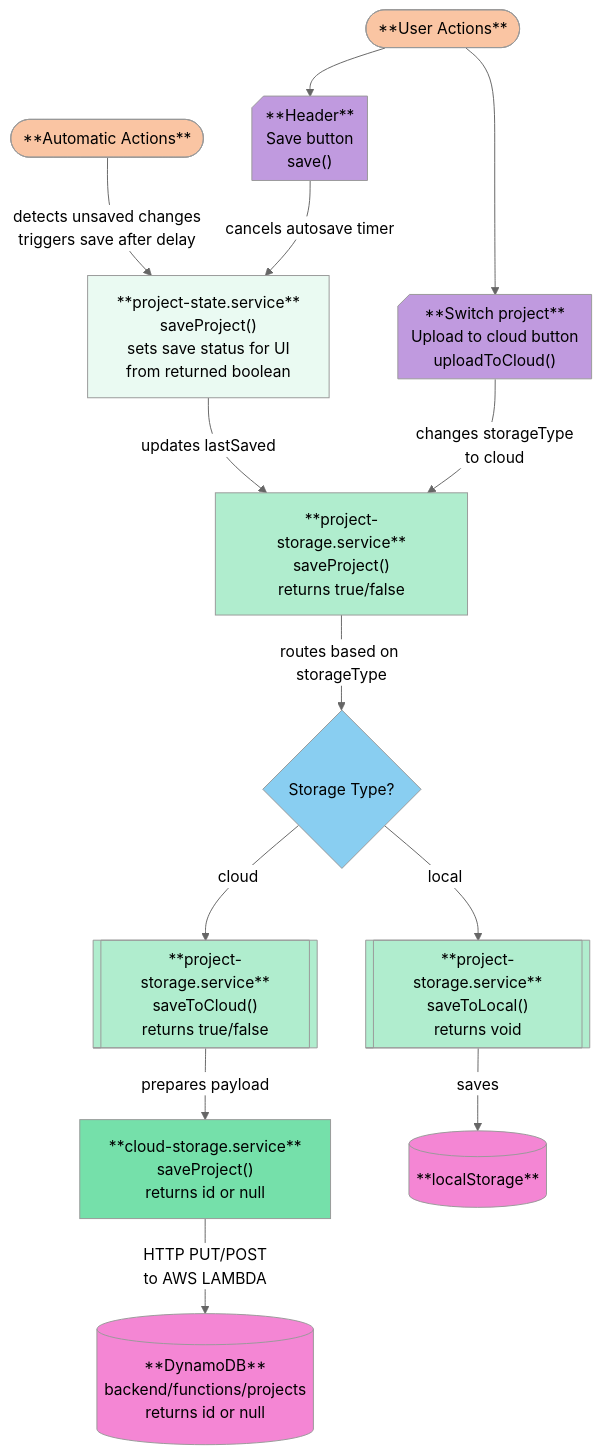
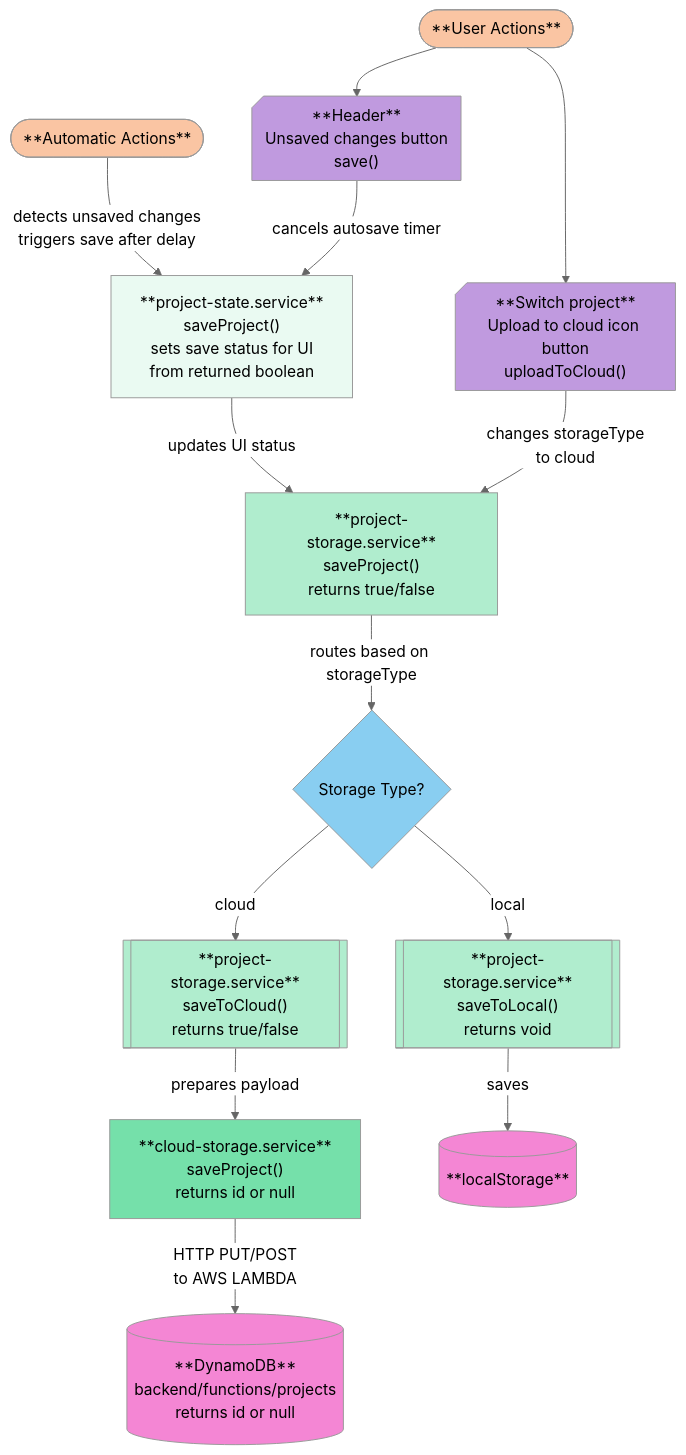
One commit to cra-proto/design-assistant changed the diagram in README.md. Above: the diagram before and after it, drawn with Mermaid (neutral theme).

Commit message:
Update save flow

````diff
--- a/README.md
+++ b/README.md
@@ -209,42 +209,42 @@
 ```mermaid
 flowchart TB
     AUTO(["**Automatic Actions**"])
     USER(["**User Actions**"])
-    HEADER["**Header**<br>Save button<br>save()"]
-    SWITCH["**Switch project**<br>Upload to cloud button<br>uploadToCloud()"]
+    HEADER["**Header**<br>Unsaved changes button<br>save()"]
+    SWITCH["**Switch project**<br>Upload to cloud icon button<br>uploadToCloud()"]
     STATE["**project-state.service**<br>saveProject()<br>sets save status for UI<br>from returned boolean"]
     STORAGE["**project-storage.service**<br>saveProject()<br>returns true/false"]
     TYPE{"Storage Type?"}
     STORAGELOCAL[["**project-storage.service**<br>saveToLocal()<br>returns void"]]
     STORAGECLOUD[["**project-storage.service**<br>saveToCloud()<br>returns true/false"]]
     CLOUD["**cloud-storage.service**<br>saveProject()<br>returns id or null"]
     CLOUDSAVE[("**DynamoDB**<br>backend/functions/projects<br>returns id or null")]
     LOCALSAVE[("**localStorage**")]
 
     AUTO -- detects unsaved changes<br>triggers save after delay--> STATE
     USER --> HEADER & SWITCH
     HEADER --cancels autosave timer--> STATE
-    STATE --updates lastSaved--> STORAGE
+    STATE --updates UI status--> STORAGE
     SWITCH --changes storageType<br>to cloud--> STORAGE
     STORAGE --routes based on storageType--> TYPE
     TYPE --local--> STORAGELOCAL
     TYPE --cloud--> STORAGECLOUD
     STORAGECLOUD --prepares payload--> CLOUD
     CLOUD --HTTP PUT/POST<br>to AWS LAMBDA--> CLOUDSAVE
     STORAGELOCAL --saves--> LOCALSAVE
     
     HEADER@{ shape: card}
     SWITCH@{ shape: card}
     style AUTO fill:#fac5a3,color:#000000
     style USER fill:#fac5a3,color:#000000
     style HEADER fill:#c09adf,color:#000000
     style SWITCH fill:#c09adf,color:#000000
     style STATE fill:#eafaf2,color:#000000
     style STORAGE fill:#b0edce,color:#000000
     style TYPE fill:#89cef1,color:#000000
     style STORAGELOCAL fill:#b0edce,color:#000000
     style STORAGECLOUD fill:#b0edce,color:#000000
     style CLOUD fill:#75e0aa,color:#000000
     style CLOUDSAVE fill:#f486d4,color:#000000
     style LOCALSAVE fill:#f486d4,color:#000000
 ```
````
